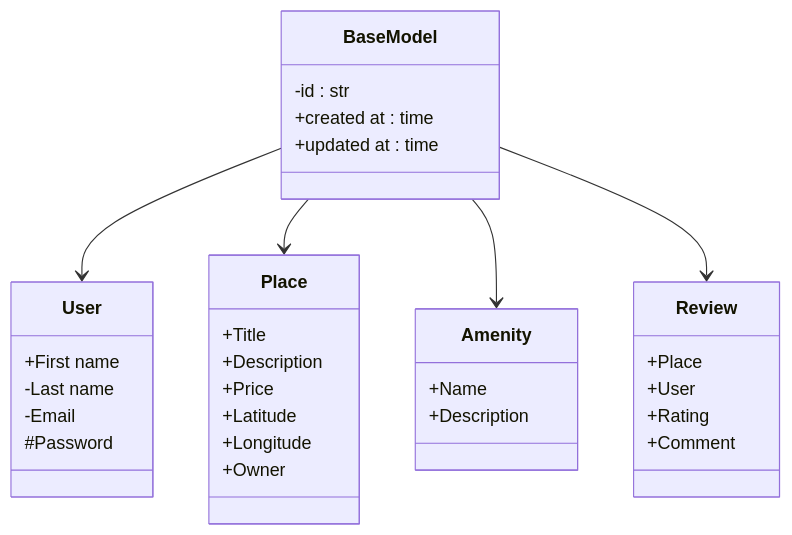
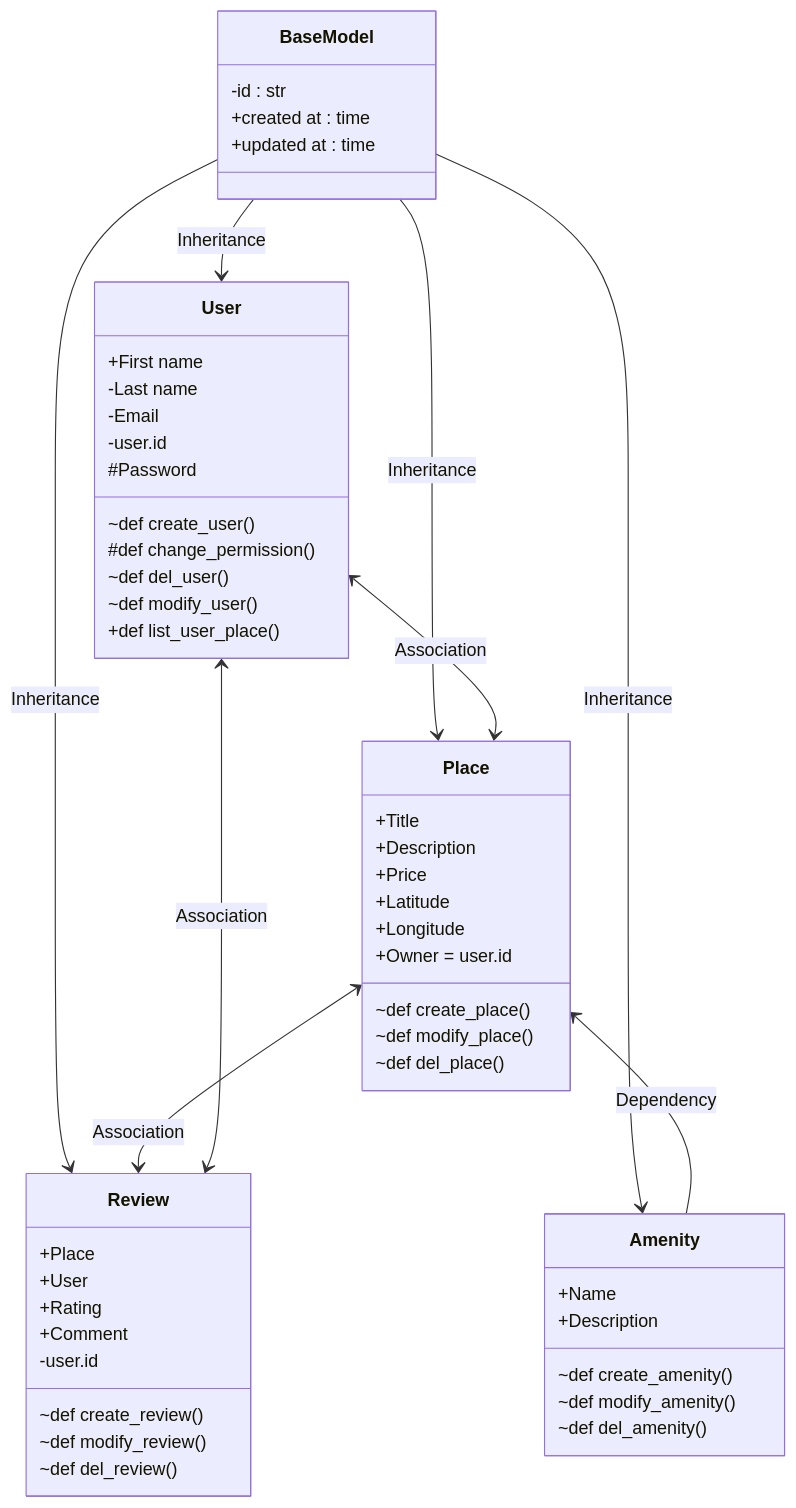
One commit to KillianRipoche/holbertonschool-higher_level_programming changed the diagram in README.md. Above: the diagram before and after it, drawn with Mermaid.

````diff
--- a/README.md
+++ b/README.md
@@ -2,38 +2,57 @@
 ```mermaid
 classDiagram
 class BaseModel{
 -id : str
 +created at : time
 +updated at : time
 }
 class User{
 +First name
 -Last name
 -Email
+-user.id
 #Password
+~def create_user()
+#def change_permission()
+~def del_user()
+~def modify_user()
++def list_user_place()
 }
 class Place{
 +Title
 +Description
 +Price
 +Latitude
 +Longitude
-+Owner
++Owner = user.id
+~def create_place()
+~def modify_place()
+~def del_place()
 }
 class Amenity{
 +Name
 +Description
+~def create_amenity()
+~def modify_amenity()
+~def del_amenity()
 }
 class Review{
 +Place
 +User
 +Rating
 +Comment
+-user.id
+~def create_review()
+~def modify_review()
+~def del_review()
 }
 
-BaseModel --> User
-BaseModel --> Place
-BaseModel --> Amenity
-BaseModel --> Review
-
+BaseModel --> User : Inheritance
+BaseModel --> Place : Inheritance
+BaseModel --> Amenity : Inheritance
+BaseModel --> Review : Inheritance
+Place <-- Amenity : Dependency
+Place <--> Review : Association
+User <--> Review : Association
+User <--> Place : Association
 ```
````
